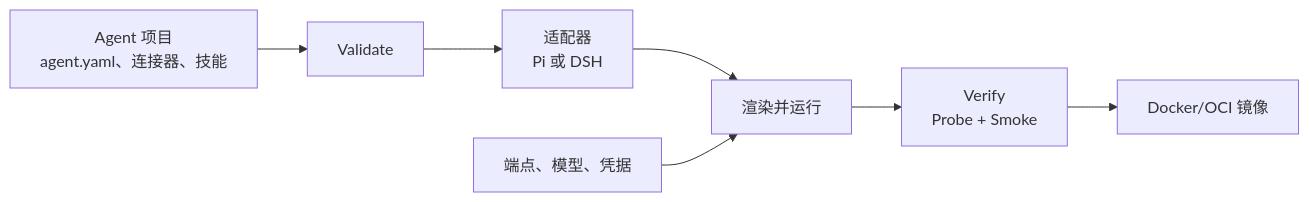
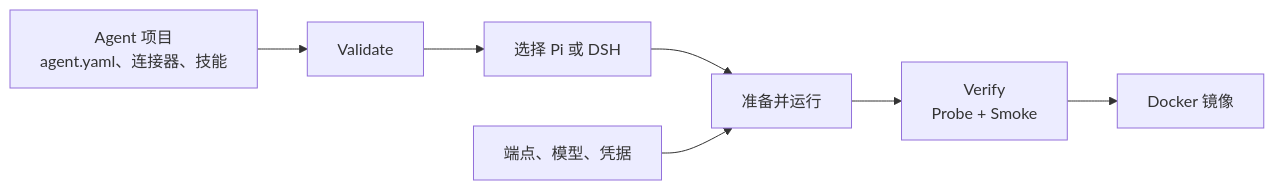
One commit to uukuguy/agent-base changed the diagram in README.zh-CN.md. Above: the diagram before and after it, drawn with Mermaid. The commit also changed other lines of this file and 1 other file, not shown here.

````diff
--- a/README.zh-CN.md
+++ b/README.zh-CN.md
@@ -127,9 +129,9 @@
 ```mermaid
 flowchart LR
   A[Agent 项目\nagent.yaml、连接器、技能] --> B[Validate]
-  B --> C[适配器\nPi 或 DSH]
-  C --> D[渲染并运行]
+  B --> C[选择 Pi 或 DSH]
+  C --> D[准备并运行]
   D --> E[Verify\nProbe + Smoke]
-  E --> F[Docker/OCI 镜像]
+  E --> F[Docker 镜像]
   G[端点、模型、凭据] --> D
 ```
````
